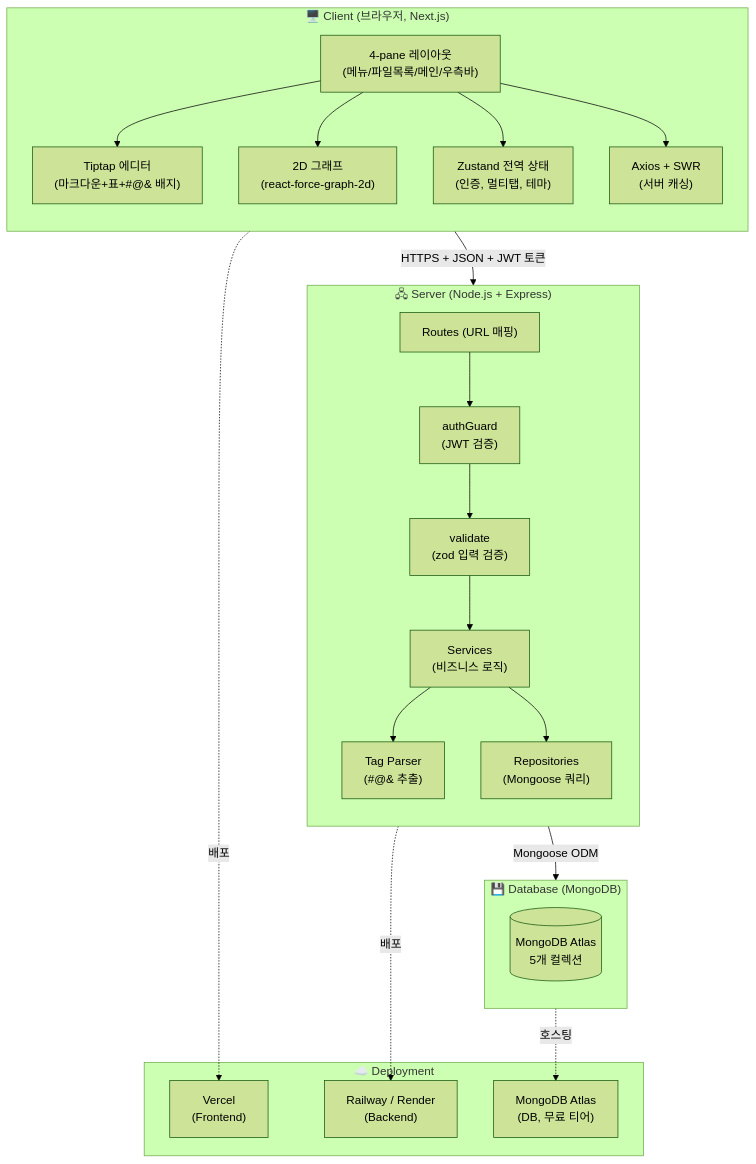
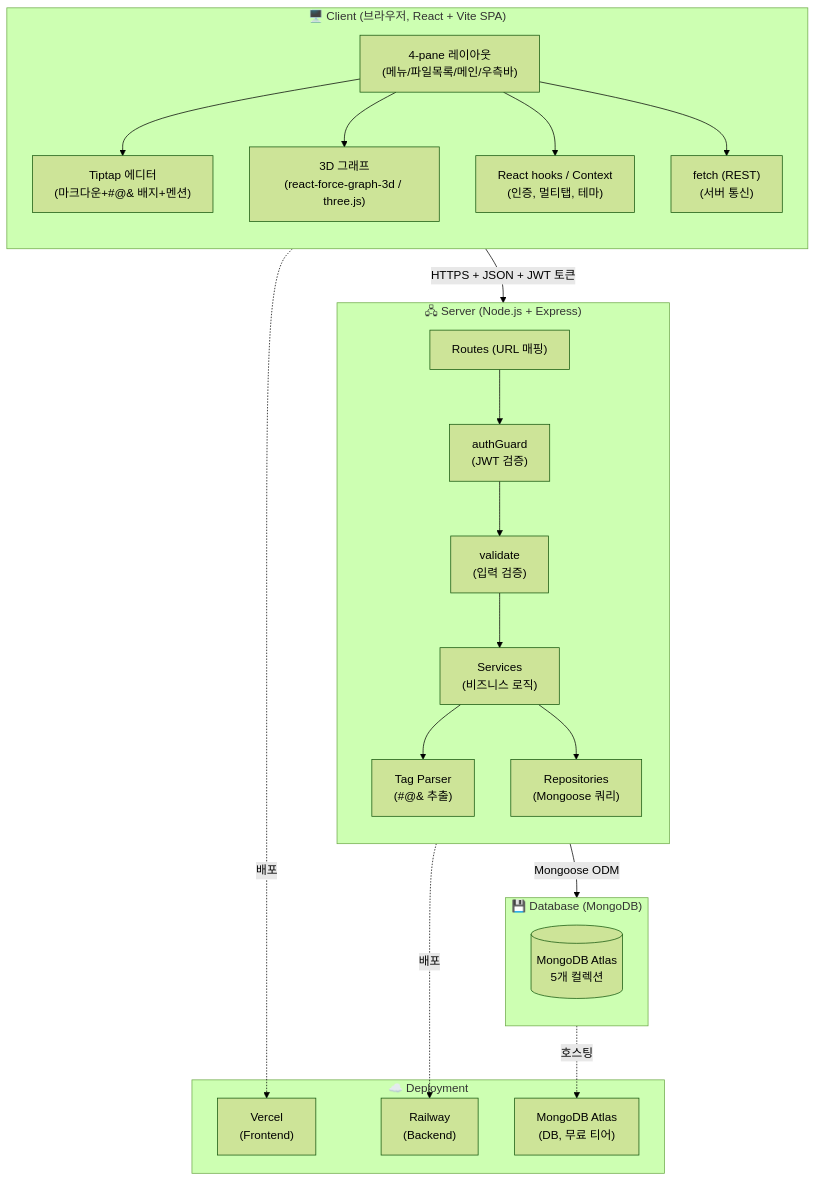
The first of 4 diagrams in 03_설계/시스템_아키텍처.md (GC-Five-Guys/Docs), drawn with Mermaid (forest theme) before and after one commit. The commit also changed other lines of this file and 10 other files, not shown here.

````diff
--- a/03_설계/시스템_아키텍처.md
+++ b/03_설계/시스템_아키텍처.md
@@ -30,46 +54,46 @@
 ```mermaid
 flowchart TB
-    subgraph CLIENT["🖥️ Client (브라우저, Next.js)"]
+    subgraph CLIENT["🖥️ Client (브라우저, React + Vite SPA)"]
         direction TB
         UI["4-pane 레이아웃<br/>(메뉴/파일목록/메인/우측바)"]
-        EDITOR["Tiptap 에디터<br/>(마크다운+표+#@& 배지)"]
-        GRAPH["2D 그래프<br/>(react-force-graph-2d)"]
-        STATE["Zustand 전역 상태<br/>(인증, 멀티탭, 테마)"]
-        API_CLIENT["Axios + SWR<br/>(서버 캐싱)"]
+        EDITOR["Tiptap 에디터<br/>(마크다운+#@& 배지+멘션)"]
+        GRAPH["3D 그래프<br/>(react-force-graph-3d / three.js)"]
+        STATE["React hooks / Context<br/>(인증, 멀티탭, 테마)"]
+        API_CLIENT["fetch (REST)<br/>(서버 통신)"]
         UI --> EDITOR
         UI --> GRAPH
         UI --> STATE
         UI --> API_CLIENT
     end
 
     subgraph SERVER["🖧 Server (Node.js + Express)"]
         direction TB
         ROUTES["Routes (URL 매핑)"]
         AUTH_MW["authGuard<br/>(JWT 검증)"]
-        VALID_MW["validate<br/>(zod 입력 검증)"]
+        VALID_MW["validate<br/>(입력 검증)"]
         SERVICES["Services<br/>(비즈니스 로직)"]
         PARSER["Tag Parser<br/>(#@& 추출)"]
         REPO["Repositories<br/>(Mongoose 쿼리)"]
         ROUTES --> AUTH_MW --> VALID_MW --> SERVICES
         SERVICES --> PARSER
         SERVICES --> REPO
     end
 
     subgraph DB["💾 Database (MongoDB)"]
         direction TB
         MONGO[("MongoDB Atlas<br/>5개 컬렉션")]
     end
 
     CLIENT -- "HTTPS + JSON + JWT 토큰" --> SERVER
     SERVER -- "Mongoose ODM" --> DB
 
     subgraph DEPLOY["☁️ Deployment"]
         VERCEL["Vercel<br/>(Frontend)"]
-        RAILWAY["Railway / Render<br/>(Backend)"]
+        RAILWAY["Railway<br/>(Backend)"]
         ATLAS["MongoDB Atlas<br/>(DB, 무료 티어)"]
     end
 
     CLIENT -.배포.-> VERCEL
     SERVER -.배포.-> RAILWAY
     DB -.호스팅.-> ATLAS
 ```
````
